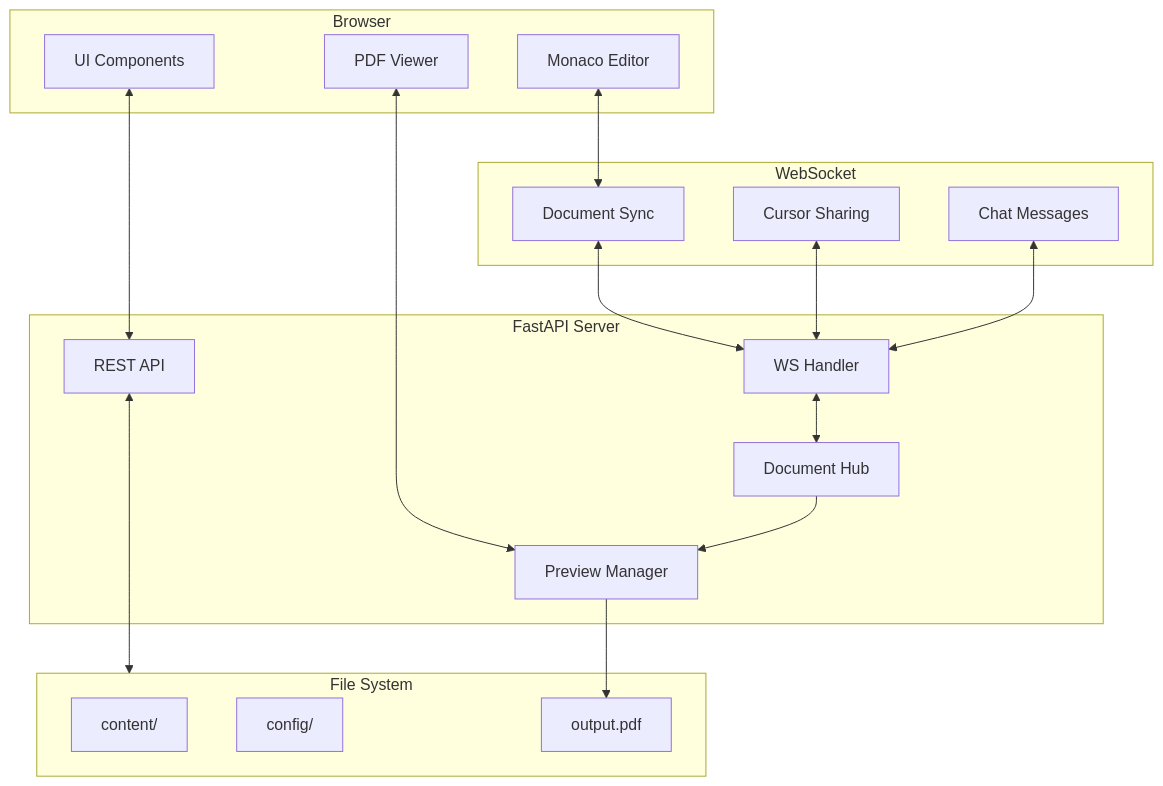
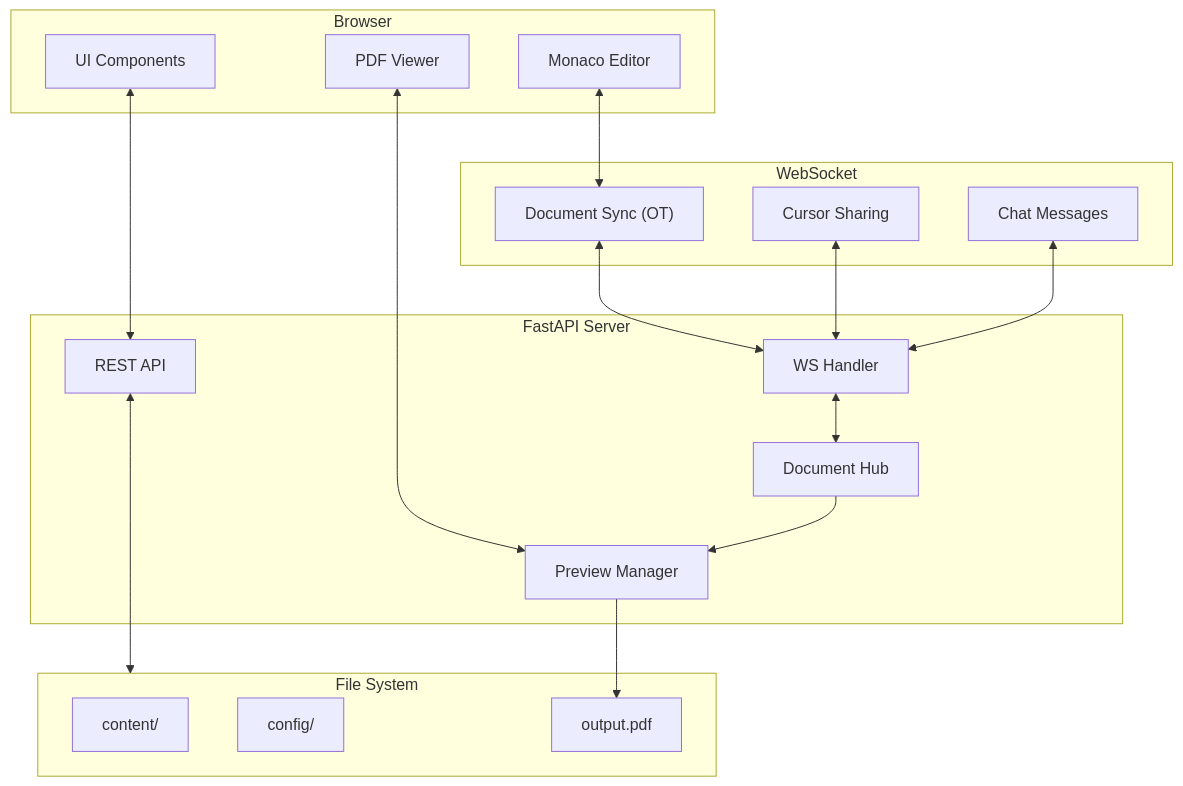
Before and after one commit to sihooleebd/noteworthy: the first of 3 diagrams in docs/architecture/gui-stack.md, drawn with Mermaid. The commit also changed other lines of this file and 10 other files, not shown here.

````diff
--- a/docs/architecture/gui-stack.md
+++ b/docs/architecture/gui-stack.md
@@ -21,40 +21,40 @@
 ```mermaid
 graph TB
     subgraph Browser["Browser"]
         Monaco["Monaco Editor"]
         PDFViewer["PDF Viewer"]
         UI["UI Components"]
     end
 
     subgraph WebSocket["WebSocket"]
-        DocSync["Document Sync"]
+        DocSync["Document Sync (OT)"]
         Cursors["Cursor Sharing"]
         Chat["Chat Messages"]
     end
 
     subgraph Server["FastAPI Server"]
         Routes["REST API"]
         WSHandler["WS Handler"]
         Hub["Document Hub"]
         Preview["Preview Manager"]
     end
 
     subgraph FileSystem["File System"]
         Content["content/"]
         Config["config/"]
         Output["output.pdf"]
     end
 
     Monaco <--> DocSync
     PDFViewer <--> Preview
     UI <--> Routes
     
     DocSync <--> WSHandler
     Cursors <--> WSHandler
     Chat <--> WSHandler
     
     WSHandler <--> Hub
     Routes <--> FileSystem
     Hub --> Preview
     Preview --> Output
 ```
````
